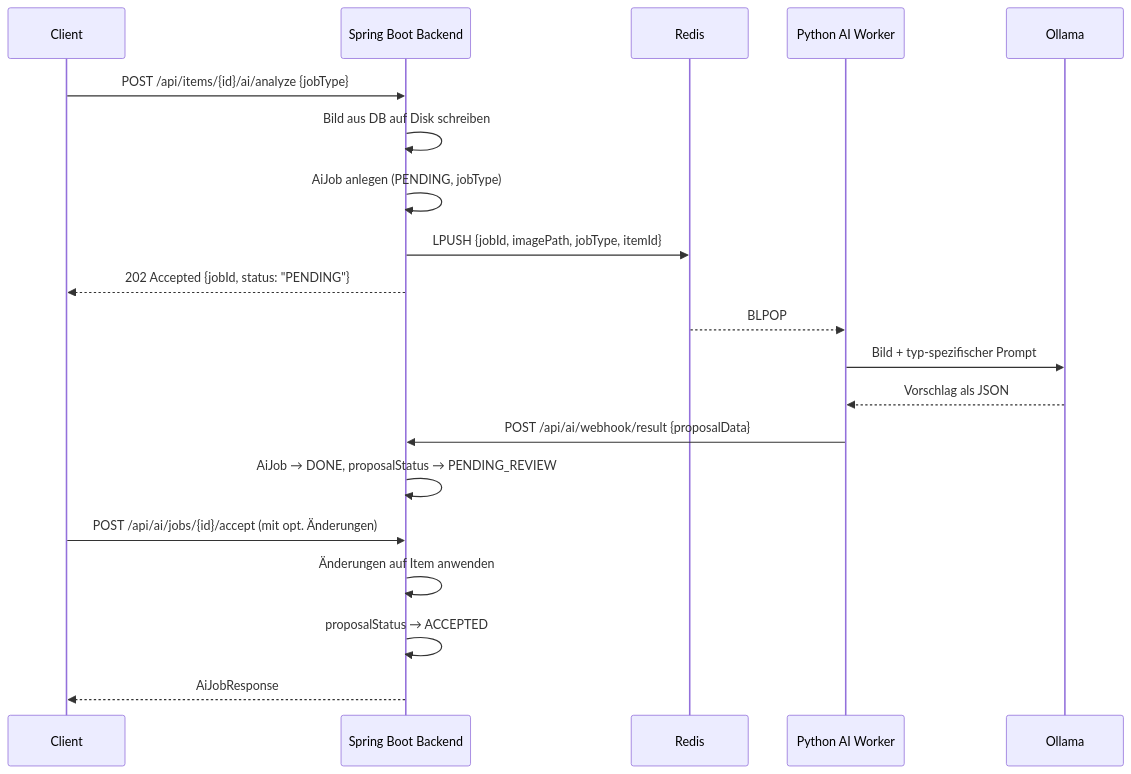
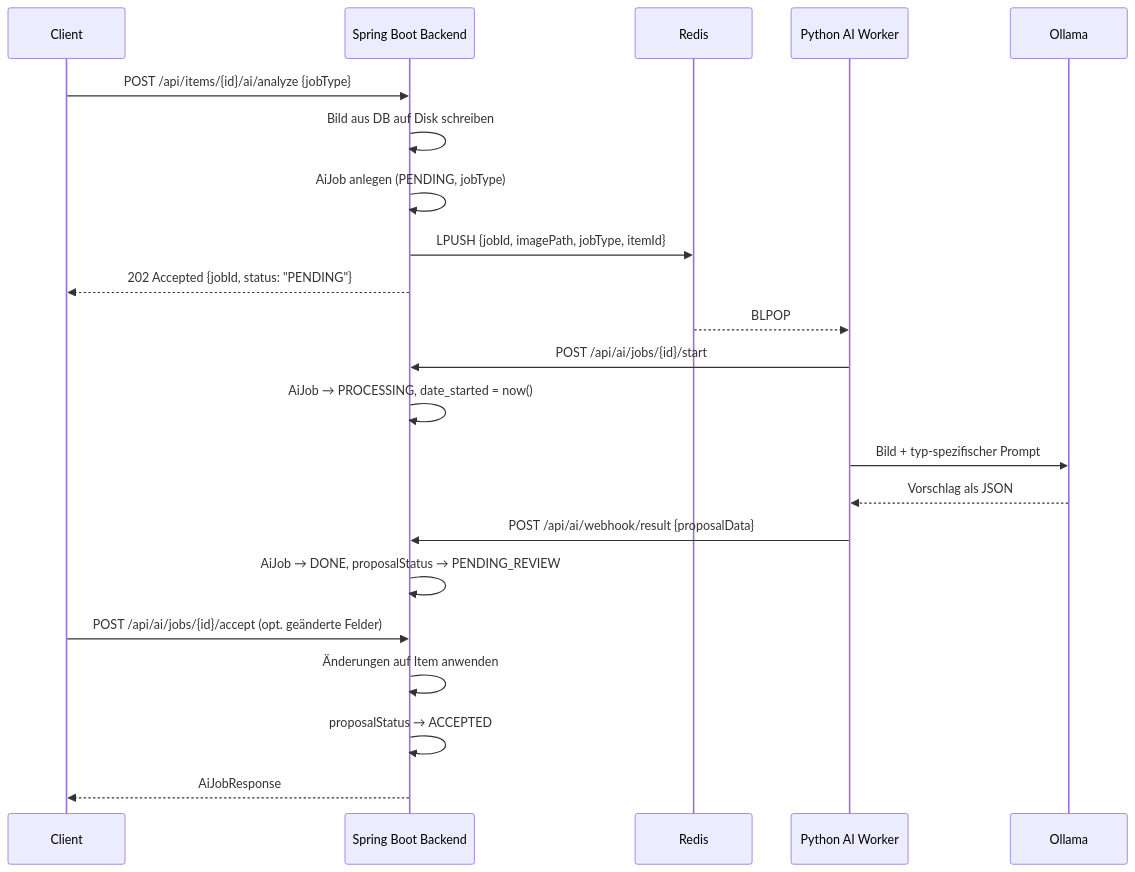
Before and after one commit to a-i-ks/kistogramm: the third of 3 diagrams in README.md, drawn with Mermaid. The commit also changed other lines of this file and 16 other files, not shown here.

````diff
--- a/README.md
+++ b/README.md
@@ -295,25 +341,27 @@
 ```mermaid
 sequenceDiagram
     participant Client
     participant Backend as Spring Boot Backend
     participant Redis
     participant Worker as Python AI Worker
     participant Ollama
 
     Client->>Backend: POST /api/items/{id}/ai/analyze {jobType}
     Backend->>Backend: Bild aus DB auf Disk schreiben
     Backend->>Backend: AiJob anlegen (PENDING, jobType)
     Backend->>Redis: LPUSH {jobId, imagePath, jobType, itemId}
     Backend-->>Client: 202 Accepted {jobId, status: "PENDING"}
 
     Redis-->>Worker: BLPOP
+    Worker->>Backend: POST /api/ai/jobs/{id}/start
+    Backend->>Backend: AiJob → PROCESSING, date_started = now()
     Worker->>Ollama: Bild + typ-spezifischer Prompt
     Ollama-->>Worker: Vorschlag als JSON
     Worker->>Backend: POST /api/ai/webhook/result {proposalData}
     Backend->>Backend: AiJob → DONE, proposalStatus → PENDING_REVIEW
 
-    Client->>Backend: POST /api/ai/jobs/{id}/accept (mit opt. Änderungen)
+    Client->>Backend: POST /api/ai/jobs/{id}/accept (opt. geänderte Felder)
     Backend->>Backend: Änderungen auf Item anwenden
     Backend->>Backend: proposalStatus → ACCEPTED
     Backend-->>Client: AiJobResponse
 ```
````
